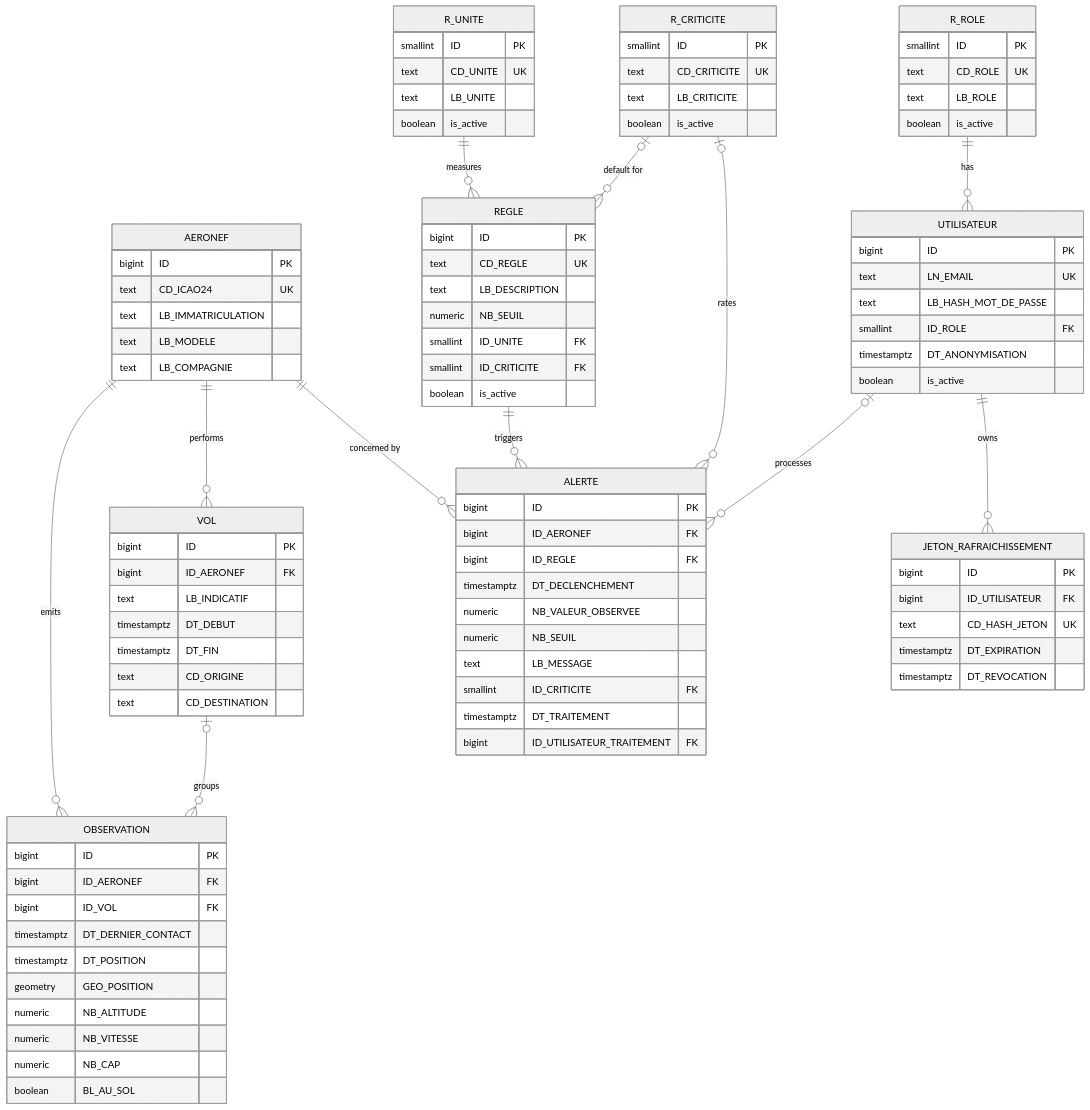
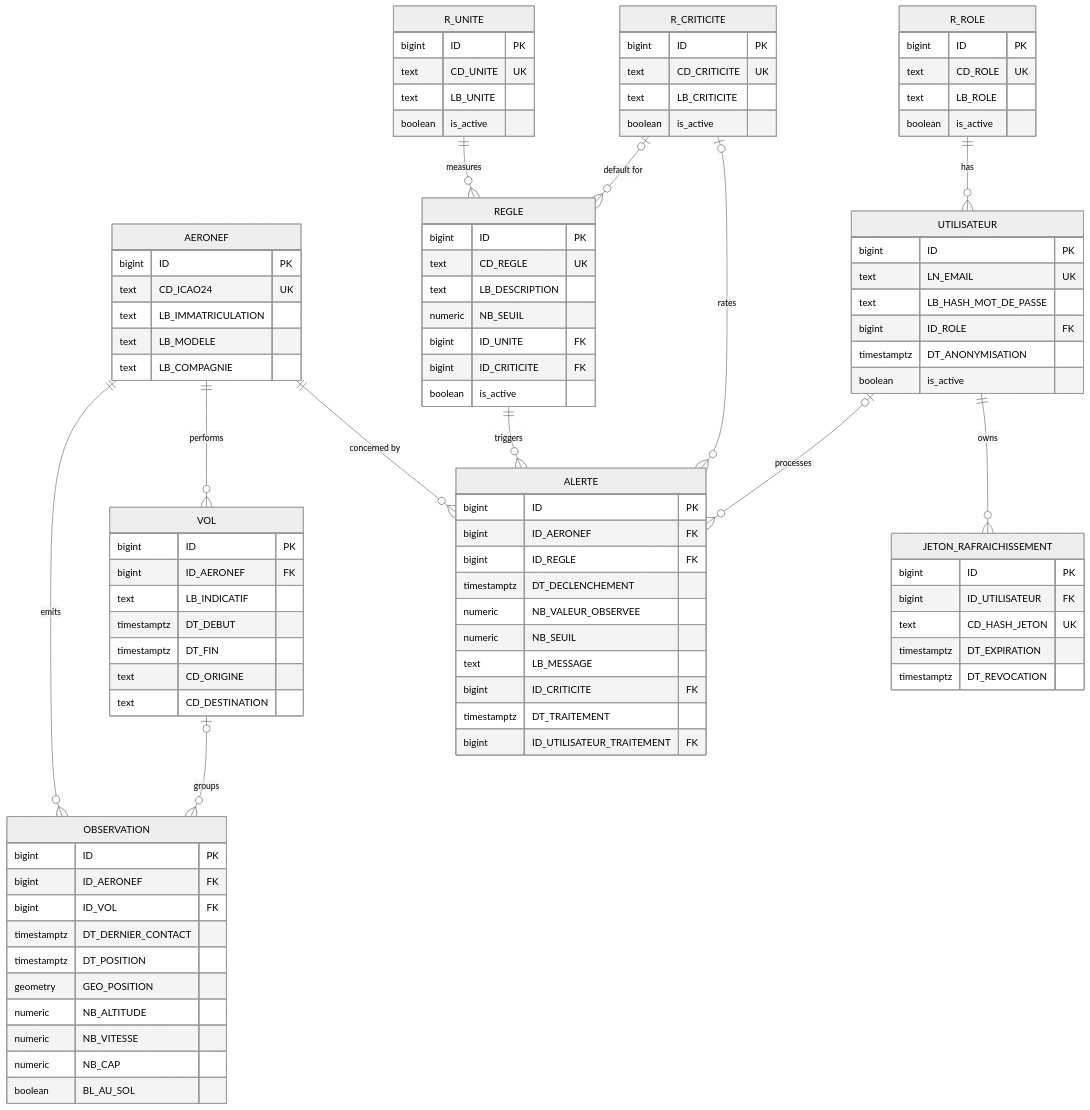
Before and after one commit to thibault-dlb/aerosafe: the diagram in docs/data-model.md, drawn with Mermaid (neutral theme). The commit also changed other lines of this file and 10 other files, not shown here.

```diff
--- a/docs/data-model.md
+++ b/docs/data-model.md
@@ -74,8 +74,8 @@
         text CD_REGLE UK
         text LB_DESCRIPTION
         numeric NB_SEUIL
-        smallint ID_UNITE FK
-        smallint ID_CRITICITE FK
+        bigint ID_UNITE FK
+        bigint ID_CRITICITE FK
         boolean is_active
     }
     ALERTE {
@@ -86,7 +86,7 @@
         numeric NB_VALEUR_OBSERVEE
         numeric NB_SEUIL
         text LB_MESSAGE
-        smallint ID_CRITICITE FK
+        bigint ID_CRITICITE FK
         timestamptz DT_TRAITEMENT
         bigint ID_UTILISATEUR_TRAITEMENT FK
     }
@@ -94,7 +94,7 @@
         bigint ID PK
         text LN_EMAIL UK
         text LB_HASH_MOT_DE_PASSE
-        smallint ID_ROLE FK
+        bigint ID_ROLE FK
         timestamptz DT_ANONYMISATION
         boolean is_active
     }
@@ -106,19 +106,19 @@
         timestamptz DT_REVOCATION
     }
     R_ROLE {
-        smallint ID PK
+        bigint ID PK
         text CD_ROLE UK
         text LB_ROLE
         boolean is_active
     }
     R_CRITICITE {
-        smallint ID PK
+        bigint ID PK
         text CD_CRITICITE UK
         text LB_CRITICITE
         boolean is_active
     }
     R_UNITE {
-        smallint ID PK
+        bigint ID PK
         text CD_UNITE UK
         text LB_UNITE
         boolean is_active
```
